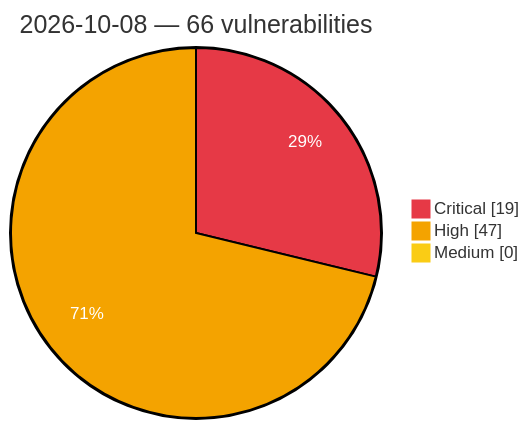
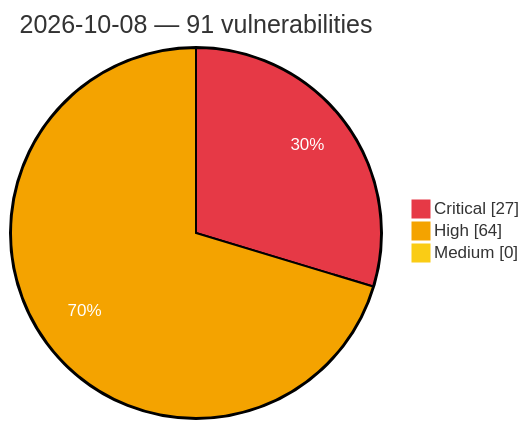
One commit to GhostX0X/vuln-tracker changed the diagram in vulnerabilities/2026/October/2026-10-08.md. Above: the diagram before and after it, drawn with Mermaid. The commit also changed other lines of this file and 5 other files, not shown here.

Commit message:
Auto update: critical/high vulns (2026-10-09 00:57 UTC)

````diff
--- a/vulnerabilities/2026/October/2026-10-08.md
+++ b/vulnerabilities/2026/October/2026-10-08.md
@@ -3,8 +3,8 @@
 ```mermaid
 %%{init: {'theme':'base', 'themeVariables': {'pie1':'#e63946', 'pie2':'#f4a300', 'pie3':'#facc15', 'pieOpacity':'1', 'pieOuterStrokeWidth':'2px', 'pieSectionTextColor':'#ffffff'}}}%%
 pie showData
-    title 2026-10-08 — 66 vulnerabilities
-    "Critical" : 19
-    "High" : 47
+    title 2026-10-08 — 91 vulnerabilities
+    "Critical" : 27
+    "High" : 64
     "Medium" : 0
 ```
````
